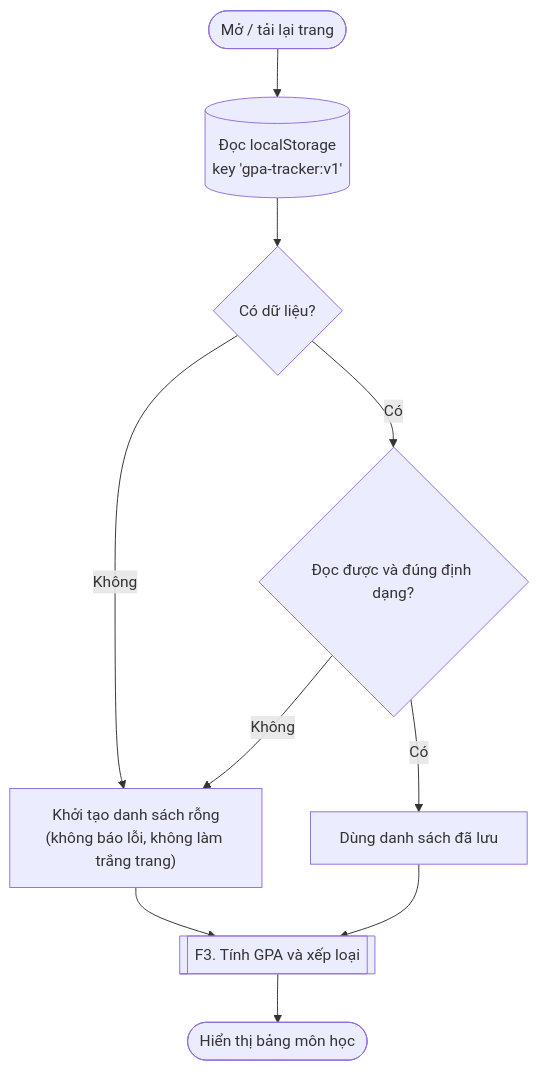
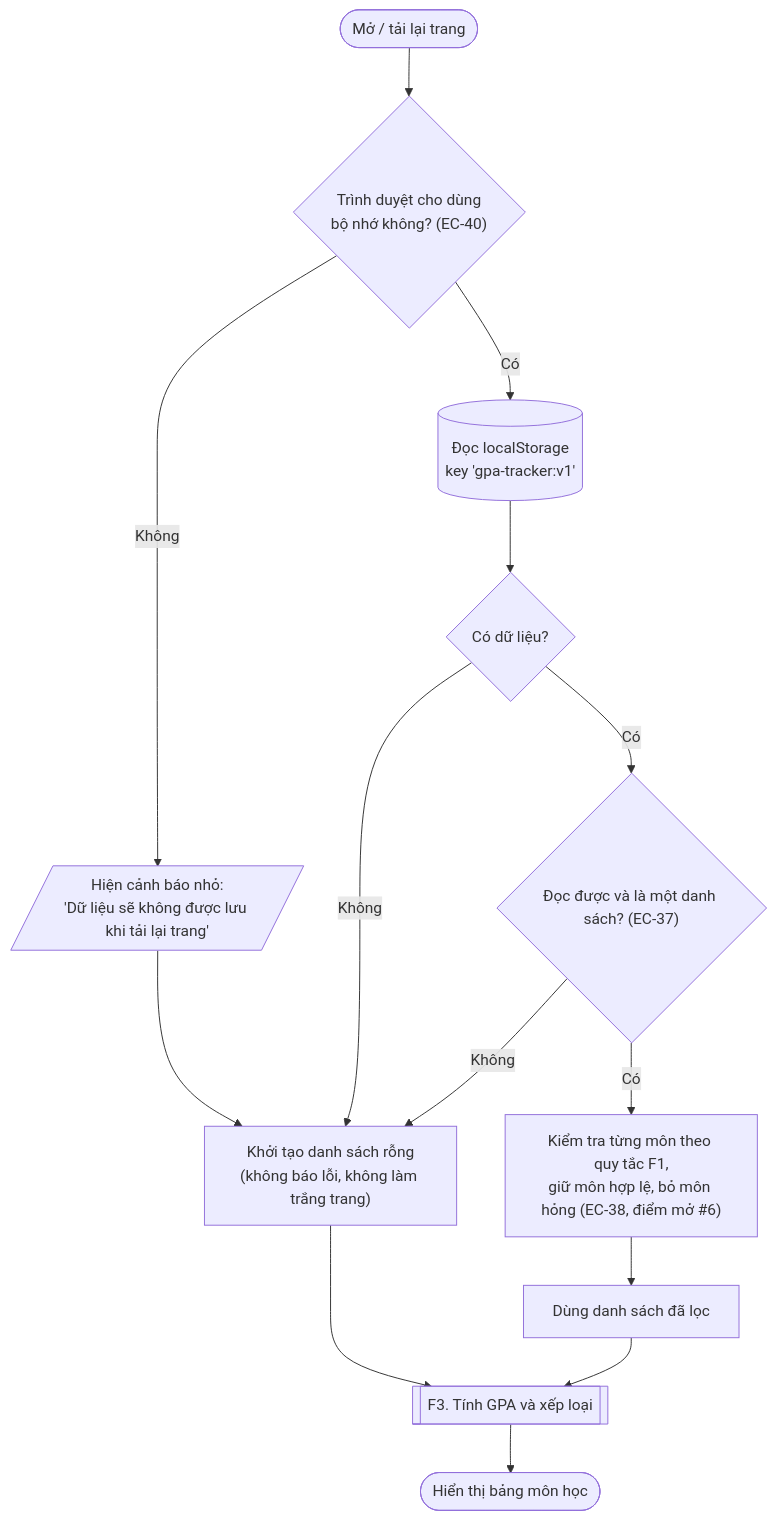
Before and after one commit to tqk3101/gpa-tracker: the sixth of 8 diagrams in docs/flowcharts.md, drawn with Mermaid. The commit also changed other lines of this file and 1 other file, not shown here.

Commit message:
Update flowcharts and status after design phase

````diff
--- a/docs/flowcharts.md
+++ b/docs/flowcharts.md
@@ -182,18 +188,23 @@
 ```mermaid
 flowchart TD
     S@{ shape: stadium, label: "Mở / tải lại trang" }
+    ACCESS@{ shape: diamond, label: "Trình duyệt cho dùng<br/>bộ nhớ không? (EC-40)" }
+    WARN@{ shape: lean-r, label: "Hiện cảnh báo nhỏ:<br/>'Dữ liệu sẽ không được lưu khi tải lại trang'" }
     READ@{ shape: cyl, label: "Đọc localStorage<br/>key 'gpa-tracker:v1'" }
     HAS@{ shape: diamond, label: "Có dữ liệu?" }
-    PARSE@{ shape: diamond, label: "Đọc được và đúng định dạng?" }
+    PARSE@{ shape: diamond, label: "Đọc được và là một danh sách? (EC-37)" }
+    FILTER@{ shape: rect, label: "Kiểm tra từng môn theo quy tắc F1,<br/>giữ môn hợp lệ, bỏ môn hỏng (EC-38, điểm mở #6)" }
     EMPTY@{ shape: rect, label: "Khởi tạo danh sách rỗng<br/>(không báo lỗi, không làm trắng trang)" }
-    LIST@{ shape: rect, label: "Dùng danh sách đã lưu" }
+    LIST@{ shape: rect, label: "Dùng danh sách đã lọc" }
     F3@{ shape: fr-rect, label: "F3. Tính GPA và xếp loại" }
     E@{ shape: stadium, label: "Hiển thị bảng môn học" }
 
-    S --> READ --> HAS
+    S --> ACCESS
+    ACCESS -->|Không| WARN --> EMPTY
+    ACCESS -->|Có| READ --> HAS
     HAS -->|Không| EMPTY
     HAS -->|Có| PARSE
     PARSE -->|Không| EMPTY
-    PARSE -->|Có| LIST
+    PARSE -->|Có| FILTER --> LIST
     EMPTY & LIST --> F3 --> E
 ```
````
